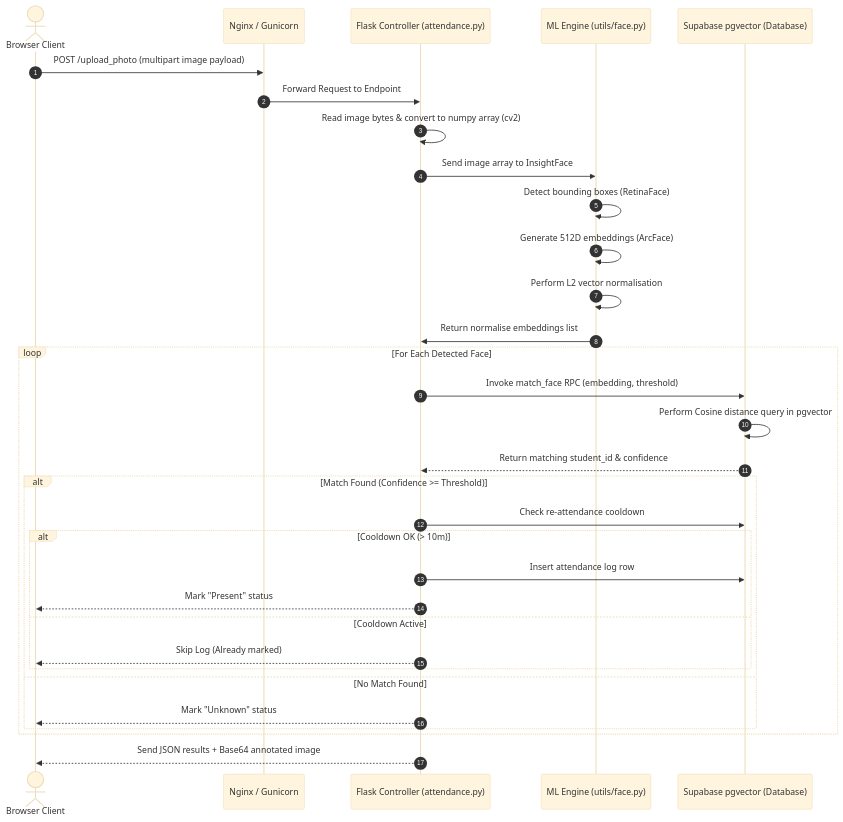
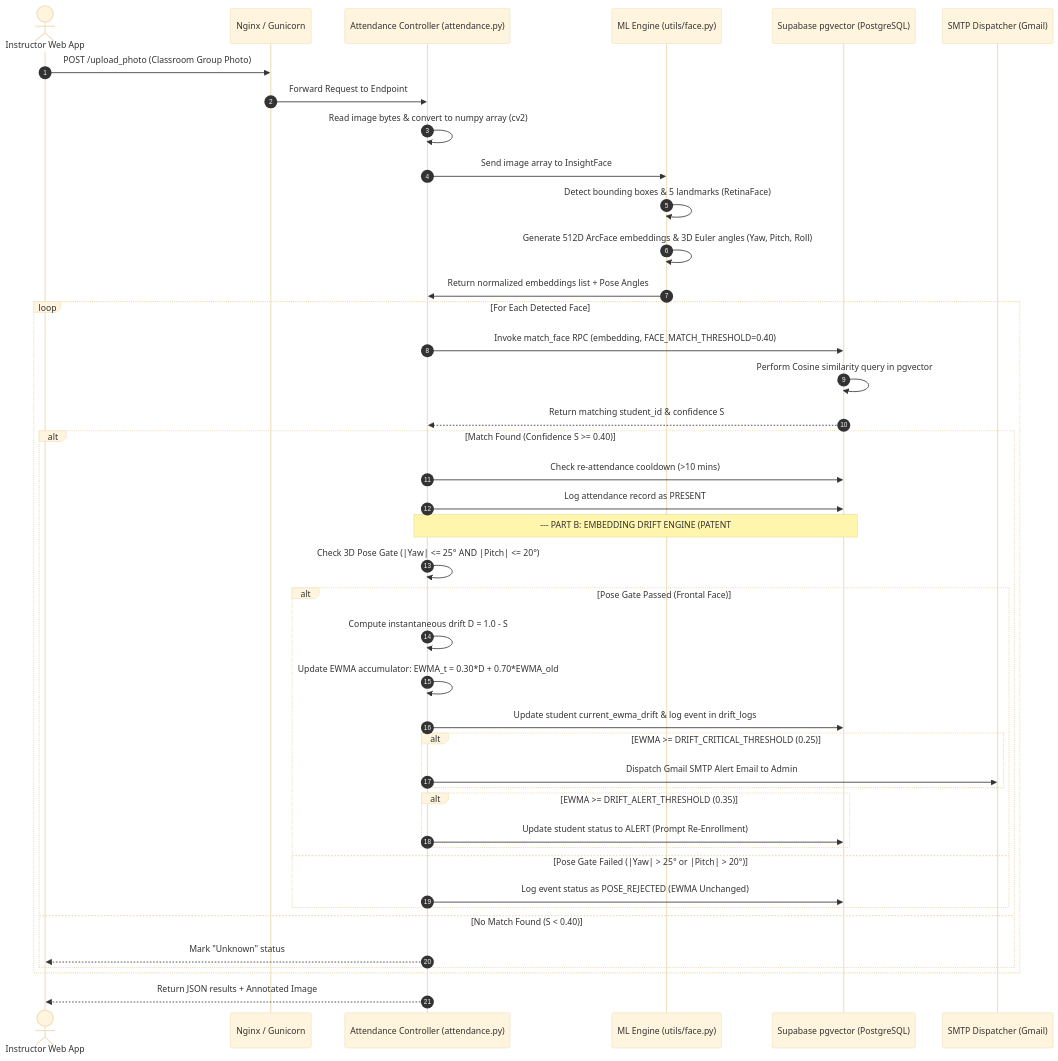
Before and after one commit to ArnavPundir22/Face-Attendance-System-Web-Version: the diagram in docs/architecture.md, drawn with Mermaid (base theme). The commit also changed other lines of this file and 20 other files, not shown here.

Commit message:
Remove unwanted files and update face attendance system files

````diff
--- a/docs/architecture.md
+++ b/docs/architecture.md
@@ -51,37 +51,50 @@
 ```mermaid
 sequenceDiagram
     autonumber
-    actor Client as Browser Client
+    actor Client as Instructor Web App
     participant Proxy as Nginx / Gunicorn
-    participant App as Flask Controller (attendance.py)
+    participant App as Attendance Controller (attendance.py)
     participant ML as ML Engine (utils/face.py)
-    participant DB as Supabase pgvector (Database)
+    participant DB as Supabase pgvector (PostgreSQL)
+    participant Mail as SMTP Dispatcher (Gmail)
 
-    Client->>Proxy: POST /upload_photo (multipart image payload)
+    Client->>Proxy: POST /upload_photo (Classroom Group Photo)
     Proxy->>App: Forward Request to Endpoint
     App->>App: Read image bytes & convert to numpy array (cv2)
     App->>ML: Send image array to InsightFace
-    ML->>ML: Detect bounding boxes (RetinaFace)
-    ML->>ML: Generate 512D embeddings (ArcFace)
-    ML->>ML: Perform L2 vector normalisation
-    ML->>App: Return normalise embeddings list
-    
+    ML->>ML: Detect bounding boxes & 5 landmarks (RetinaFace)
+    ML->>ML: Generate 512D ArcFace embeddings & 3D Euler angles (Yaw, Pitch, Roll)
+    ML->>App: Return normalized embeddings list + Pose Angles
+
     loop For Each Detected Face
-        App->>DB: Invoke match_face RPC (embedding, threshold)
-        DB->>DB: Perform Cosine distance query in pgvector
-        DB-->>App: Return matching student_id & confidence
-        
-        alt Match Found (Confidence >= Threshold)
-            App->>DB: Check re-attendance cooldown
-            alt Cooldown OK (> 10m)
-                App->>DB: Insert attendance log row
-                App-->>Client: Mark "Present" status
-            else Cooldown Active
-                App-->>Client: Skip Log (Already marked)
+        App->>DB: Invoke match_face RPC (embedding, FACE_MATCH_THRESHOLD=0.40)
+        DB->>DB: Perform Cosine similarity query in pgvector
+        DB-->>App: Return matching student_id & confidence S
+
+        alt Match Found (Confidence S >= 0.40)
+            App->>DB: Check re-attendance cooldown (>10 mins)
+            App->>DB: Log attendance record as PRESENT
+            
+            note over App, DB: --- PART B: EMBEDDING DRIFT ENGINE (PATENT #3) ---
+            App->>App: Check 3D Pose Gate (|Yaw| <= 25° AND |Pitch| <= 20°)
+            alt Pose Gate Passed (Frontal Face)
+                App->>App: Compute instantaneous drift D = 1.0 - S
+                App->>App: Update EWMA accumulator: EWMA_t = 0.30*D + 0.70*EWMA_old
+                App->>DB: Update student current_ewma_drift & log event in drift_logs
+                
+                alt EWMA >= DRIFT_CRITICAL_THRESHOLD (0.25)
+                    App->>Mail: Dispatch Gmail SMTP Alert Email to Admin
+                end
+                alt EWMA >= DRIFT_ALERT_THRESHOLD (0.35)
+                    App->>DB: Update student status to ALERT (Prompt Re-Enrollment)
+                end
+            else Pose Gate Failed (|Yaw| > 25° or |Pitch| > 20°)
+                App->>DB: Log event status as POSE_REJECTED (EWMA Unchanged)
             end
-        else No Match Found
+
+        else No Match Found (S < 0.40)
             App-->>Client: Mark "Unknown" status
         end
     end
-    App-->>Client: Send JSON results + Base64 annotated image
+    App-->>Client: Return JSON results + Annotated Image
 ```
````
